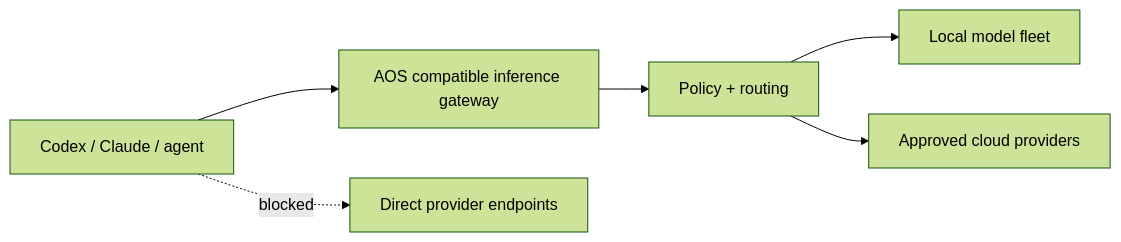
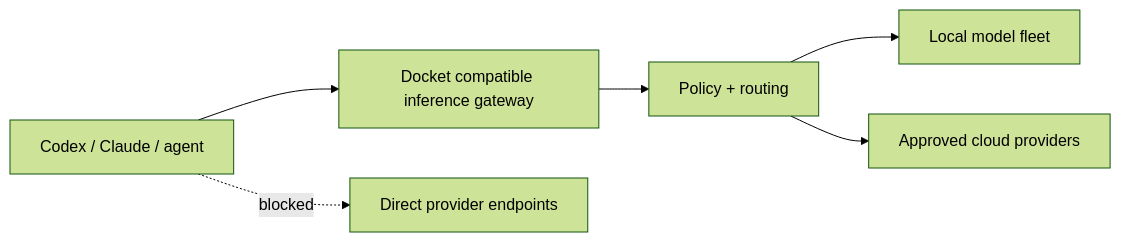
One commit to divyansh-ctrl/docket changed the first of 2 diagrams in docs/architecture/adr-001-routing-boundary.md. Above: the diagram before and after it, drawn with Mermaid (forest theme). The commit also changed other lines of this file and 23 other files, not shown here.

````diff
--- a/docs/architecture/adr-001-routing-boundary.md
+++ b/docs/architecture/adr-001-routing-boundary.md
@@ -79,8 +79,8 @@
 ```mermaid
 flowchart LR
-    HOST["Codex / Claude / agent"] --> GW["AOS compatible inference gateway"]
+    HOST["Codex / Claude / agent"] --> GW["Docket compatible inference gateway"]
     GW --> POL["Policy + routing"]
     POL --> L["Local model fleet"]
     POL --> C["Approved cloud providers"]
     HOST -. "blocked" .-> DIRECT["Direct provider endpoints"]
 ```
````
